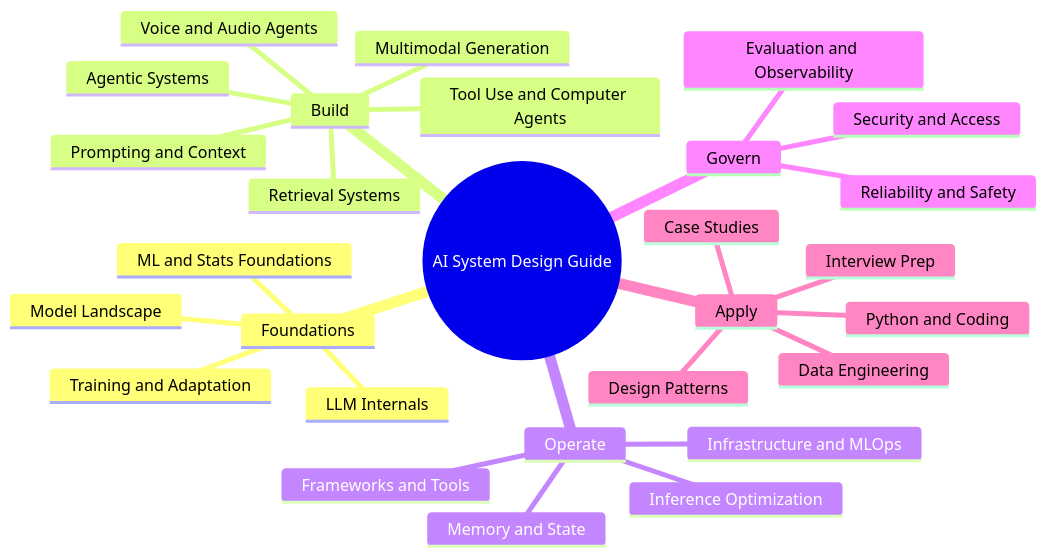
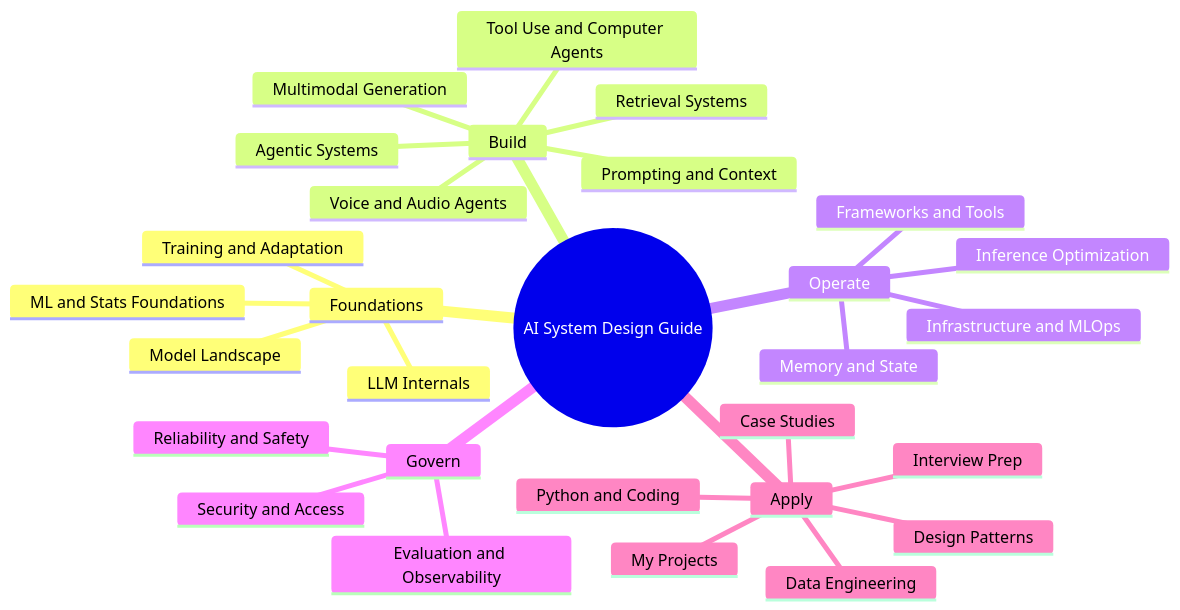
One commit to aneshus95/ai-system-design-guide changed the second of 2 diagrams in README.md. Above: the diagram before and after it, drawn with Mermaid. The commit also changed other lines of this file and 1 other file, not shown here.

First line of the commit message:
Add My Projects: keystroke-dynamics biometric verification

````diff
--- a/README.md
+++ b/README.md
@@ -162,31 +164,32 @@
 ```mermaid
 mindmap
   root((AI System Design Guide))
     Foundations
       LLM Internals
       Model Landscape
       Training and Adaptation
       ML and Stats Foundations
     Build
       Prompting and Context
       Retrieval Systems
       Agentic Systems
       Tool Use and Computer Agents
       Voice and Audio Agents
       Multimodal Generation
     Operate
       Inference Optimization
       Memory and State
       Frameworks and Tools
       Infrastructure and MLOps
     Govern
       Security and Access
       Reliability and Safety
       Evaluation and Observability
     Apply
       Design Patterns
       Case Studies
       Interview Prep
       Python and Coding
       Data Engineering
+      My Projects
 ```
````
